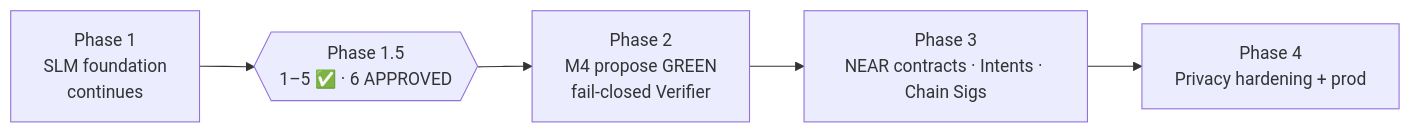
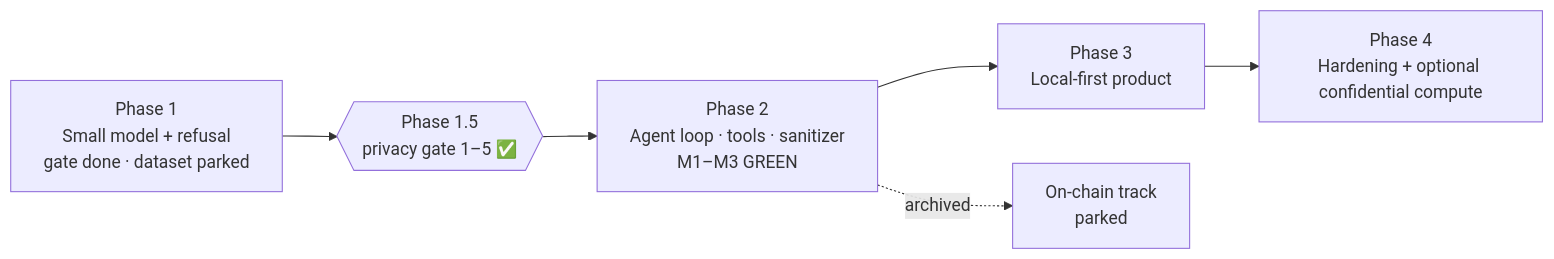
One commit to 9lordisgod/salomon changed the diagram in ROADMAP.md. Above: the diagram before and after it, drawn with Mermaid. The commit also changed other lines of this file and 3 other files, not shown here.

Commit message:
docs: AI-first pivot — privacy personal/agent AI; park crypto narrative

````diff
--- a/ROADMAP.md
+++ b/ROADMAP.md
@@ -4,7 +4,8 @@
 ```mermaid
 flowchart LR
-  P1[Phase 1<br/>SLM foundation<br/>continues] --> G{{Phase 1.5<br/>1–5 ✅ · 6 APPROVED}}
-  G --> P2[Phase 2<br/>M4 propose GREEN<br/>fail-closed Verifier]
-  P2 --> P3[Phase 3<br/>NEAR contracts · Intents · Chain Sigs]
-  P3 --> P4[Phase 4<br/>Privacy hardening + prod]
+  P1[Phase 1<br/>Small model + refusal<br/>gate done · dataset parked] --> G{{Phase 1.5<br/>privacy gate 1–5 ✅}}
+  G --> P2[Phase 2<br/>Agent loop · tools · sanitizer<br/>M1–M3 GREEN]
+  P2 --> P3[Phase 3<br/>Local-first product]
+  P3 --> P4[Phase 4<br/>Hardening + optional confidential compute]
+  P2 -.archived.-> X[On-chain track<br/>parked]
 ```
````
